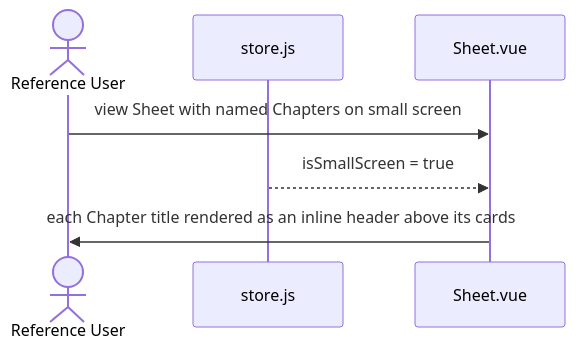
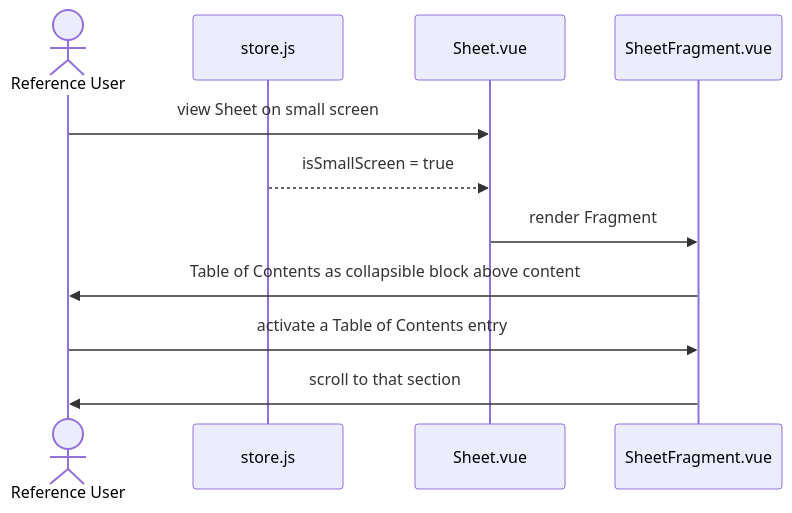
Before and after one commit to Povaz/cheatsheets: the second of 3 diagrams in docs/hldd/view/user-stories/us-mobile-readonly.md, drawn with Mermaid. The commit also changed other lines of this file and 10 other files, not shown here.

````diff
--- a/docs/hldd/view/user-stories/us-mobile-readonly.md
+++ b/docs/hldd/view/user-stories/us-mobile-readonly.md
@@ -89,9 +54,13 @@
 ```mermaid
 sequenceDiagram
     actor U as Reference User
     participant ST as store.js
     participant S as Sheet.vue
-    U->>S: view Sheet with named Chapters on small screen
+    participant F as SheetFragment.vue
+    U->>S: view Sheet on small screen
     ST-->>S: isSmallScreen = true
-    S->>U: each Chapter title rendered as an inline header above its cards
+    S->>F: render Fragment
+    F->>U: Table of Contents as collapsible block above content
+    U->>F: activate a Table of Contents entry
+    F->>U: scroll to that section
 ```
````
